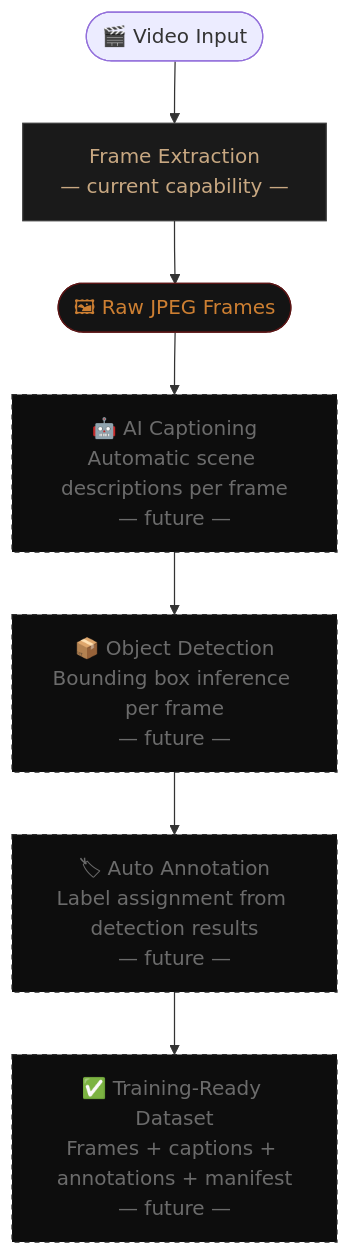
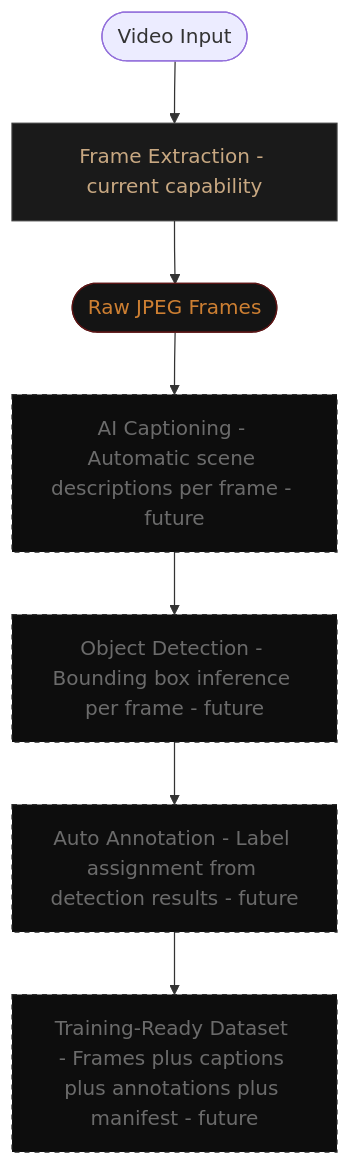
Before and after one commit to ArunVijaykumarcsds/raktabeej: the seventh of 7 diagrams in README.md, drawn with Mermaid. The commit also changed other lines of this file, not shown here.

Commit message:
Refactor Mermaid diagrams for clarity and consistency

````diff
--- a/README.md
+++ b/README.md
@@ -1151,17 +1143,17 @@
 ```mermaid
 flowchart TD
-    A([🎬 Video Input]) --> B[Frame Extraction\n— current capability —]
-    B --> C([🖼 Raw JPEG Frames])
+    A([Video Input]) --> B[Frame Extraction - current capability]
+    B --> C([Raw JPEG Frames])
 
-    C --> D["🤖 AI Captioning\nAutomatic scene descriptions per frame\n— future —"]
-    D --> E["📦 Object Detection\nBounding box inference per frame\n— future —"]
-    E --> F["🏷 Auto Annotation\nLabel assignment from detection results\n— future —"]
-    F --> G["✅ Training-Ready Dataset\nFrames + captions + annotations + manifest\n— future —"]
+    C --> D[AI Captioning - Automatic scene descriptions per frame - future]
+    D --> E[Object Detection - Bounding box inference per frame - future]
+    E --> F[Auto Annotation - Label assignment from detection results - future]
+    F --> G[Training-Ready Dataset - Frames plus captions plus annotations plus manifest - future]
 
     style B fill:#1a1a1a,color:#c8a882,stroke:#3a3a3a
     style C fill:#141414,color:#cd7f32,stroke:#5a1515
     style D fill:#0d0d0d,color:#6b6b6b,stroke:#2a2a2a,stroke-dasharray: 4 4
     style E fill:#0d0d0d,color:#6b6b6b,stroke:#2a2a2a,stroke-dasharray: 4 4
     style F fill:#0d0d0d,color:#6b6b6b,stroke:#2a2a2a,stroke-dasharray: 4 4
     style G fill:#0d0d0d,color:#6b6b6b,stroke:#2a2a2a,stroke-dasharray: 4 4
 ```
````
